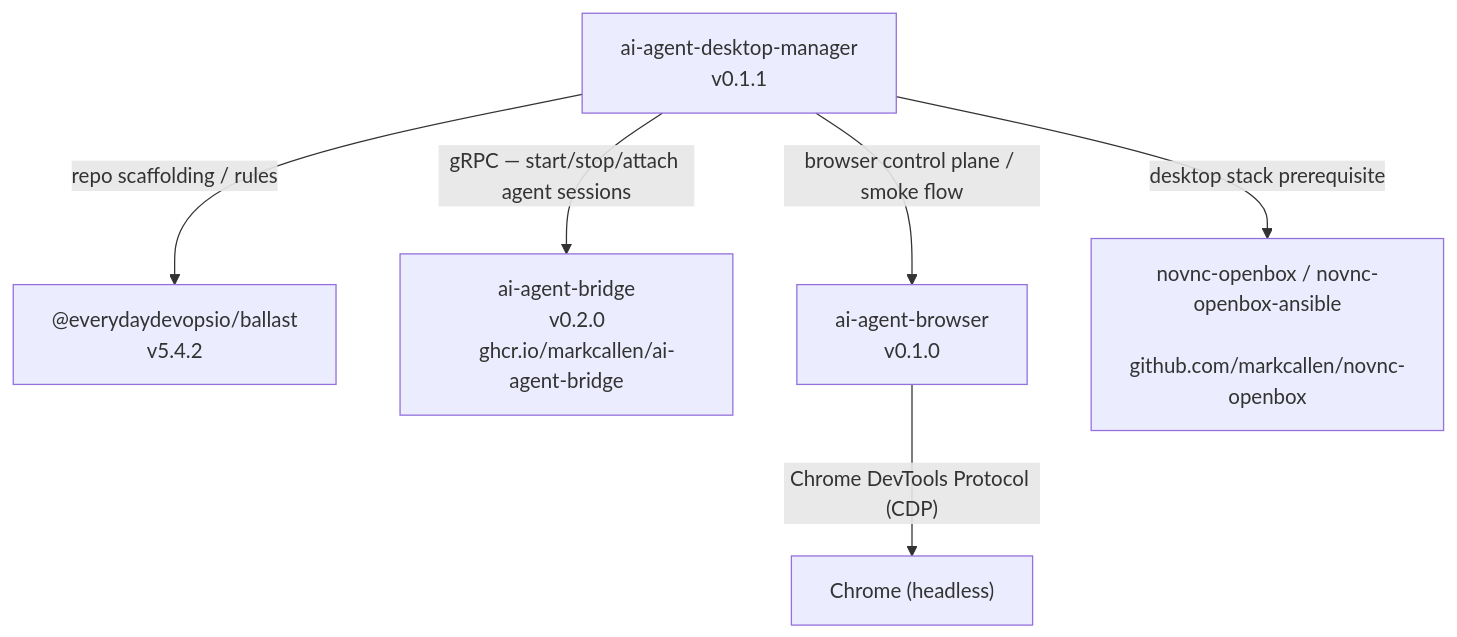
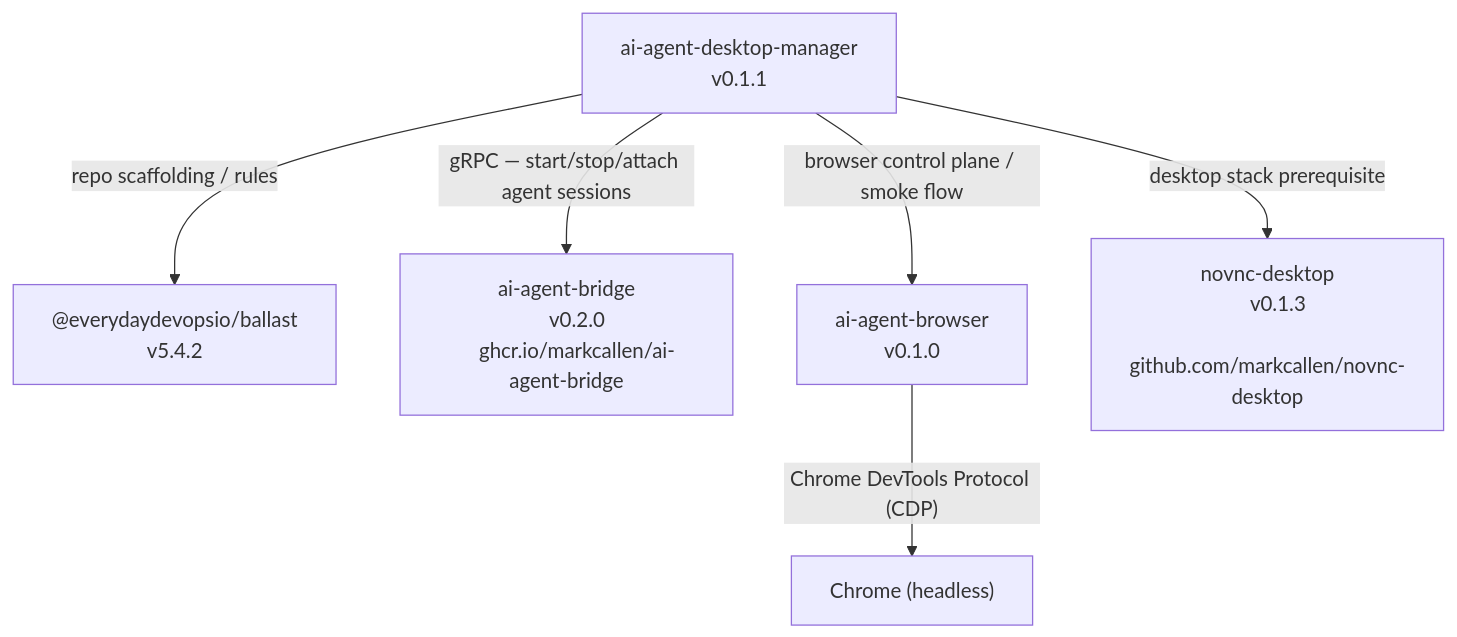
One commit to markcallen/ai-agent-desktop-manager changed the diagram in docs/first-party-dependency-graph.md. Above: the diagram before and after it, drawn with Mermaid. The commit also changed other lines of this file and 11 other files, not shown here.

````diff
--- a/docs/first-party-dependency-graph.md
+++ b/docs/first-party-dependency-graph.md
@@ -16,21 +16,22 @@
 ```mermaid
 graph TD
     A["ai-agent-desktop-manager
     v0.1.1"]
     B["@everydaydevopsio/ballast
     v5.4.2"]
     C["ai-agent-bridge
     v0.2.0
     ghcr.io/markcallen/ai-agent-bridge"]
     E["ai-agent-browser
     v0.1.0"]
-    D["novnc-openbox / novnc-openbox-ansible
-    github.com/markcallen/novnc-openbox"]
+    D["novnc-desktop
+    v0.1.3
+    github.com/markcallen/novnc-desktop"]
     F["Chrome (headless)"]
 
     A -->|"repo scaffolding / rules"| B
     A -->|"gRPC — start/stop/attach agent sessions"| C
     A -->|"browser control plane / smoke flow"| E
     A -->|"desktop stack prerequisite"| D
     E -->|"Chrome DevTools Protocol (CDP)"| F
 ```
````
